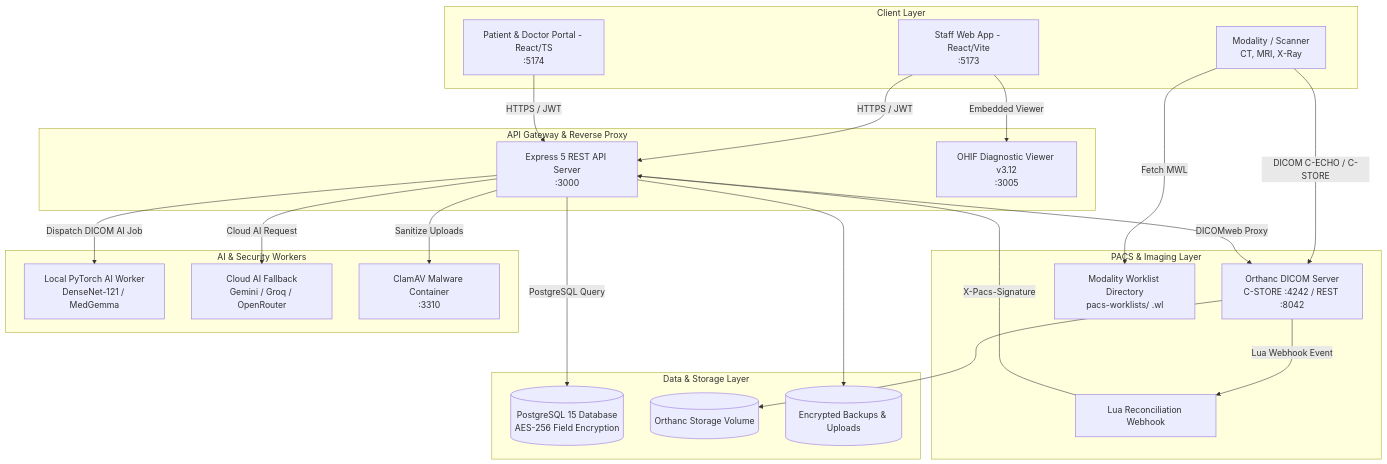
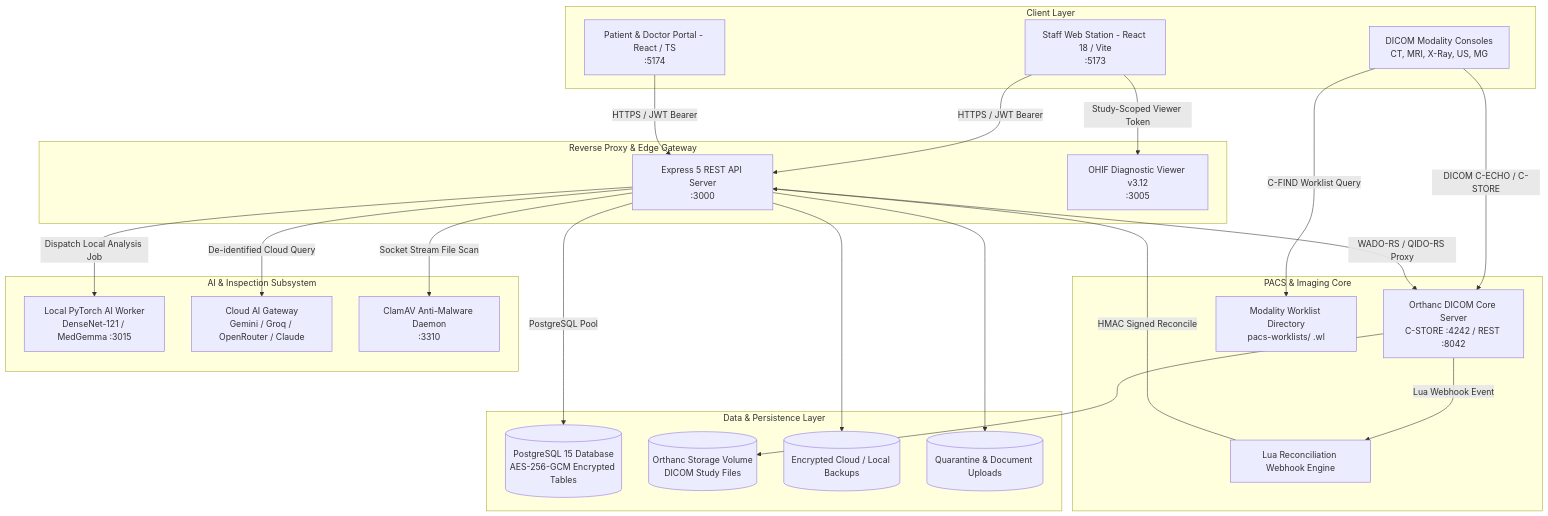
Before and after one commit to abdo-elshaikh/VIARA-RCMS: the first of 3 diagrams in README.md, drawn with Mermaid. The commit also changed other lines of this file and 1219 other files, not shown here.

````diff
--- a/README.md
+++ b/README.md
@@ -17,46 +71,48 @@
 ```mermaid
 flowchart TB
     subgraph Clients ["Client Layer"]
-        A[Staff Web App - React/Vite\n:5173]
-        B[Patient & Doctor Portal - React/TS\n:5174]
-        C[Modality / Scanner\nCT, MRI, X-Ray]
+        A[Staff Web Station - React 18 / Vite\n:5173]
+        B[Patient & Doctor Portal - React / TS\n:5174]
+        C[DICOM Modality Consoles\nCT, MRI, X-Ray, US, MG]
     end
 
-    subgraph Edge ["API Gateway & Reverse Proxy"]
+    subgraph Gateway ["Reverse Proxy & Edge Gateway"]
         D[Express 5 REST API Server\n:3000]
         E[OHIF Diagnostic Viewer v3.12\n:3005]
     end
 
-    subgraph PACS ["PACS & Imaging Layer"]
-        F[Orthanc DICOM Server\nC-STORE :4242 / REST :8042]
+    subgraph PACS ["PACS & Imaging Core"]
+        F[Orthanc DICOM Core Server\nC-STORE :4242 / REST :8042]
         G[Modality Worklist Directory\npacs-worklists/ .wl]
-        H[Lua Reconciliation Webhook]
+        H[Lua Reconciliation Webhook Engine]
     end
 
-    subgraph Intelligence ["AI & Security Workers"]
-        I[Local PyTorch AI Worker\nDenseNet-121 / MedGemma]
-        J[Cloud AI Fallback\nGemini / Groq / OpenRouter]
-        K[ClamAV Malware Container\n:3310]
+    subgraph Intelligence ["AI & Inspection Subsystem"]
+        I[Local PyTorch AI Worker\nDenseNet-121 / MedGemma :3015]
+        J[Cloud AI Gateway\nGemini / Groq / OpenRouter / Claude]
+        K[ClamAV Anti-Malware Daemon\n:3310]
     end
 
-    subgraph Data ["Data & Storage Layer"]
-        L[(PostgreSQL 15 Database\nAES-256 Field Encryption)]
-        M[(Orthanc Storage Volume)]
-        N[(Encrypted Backups & Uploads)]
+    subgraph DataStore ["Data & Persistence Layer"]
+        L[(PostgreSQL 15 Database\nAES-256-GCM Encrypted Tables)]
+        M[(Orthanc Storage Volume\nDICOM Study Files)]
+        N[(Encrypted Cloud / Local Backups)]
+        O[(Quarantine & Document Uploads)]
     end
 
-    A -->|HTTPS / JWT| D
-    B -->|HTTPS / JWT| D
-    A -->|Embedded Viewer| E
+    A -->|HTTPS / JWT Bearer| D
+    B -->|HTTPS / JWT Bearer| D
+    A -->|Study-Scoped Viewer Token| E
     C -->|DICOM C-ECHO / C-STORE| F
-    C -->|Fetch MWL| G
+    C -->|C-FIND Worklist Query| G
     F -->|Lua Webhook Event| H
-    H -->|X-Pacs-Signature| D
-    D -->|PostgreSQL Query| L
-    D -->|DICOMweb Proxy| F
-    D -->|Sanitize Uploads| K
-    D -->|Dispatch DICOM AI Job| I
-    D -->|Cloud AI Request| J
+    H -->|HMAC Signed Reconcile| D
+    D -->|PostgreSQL Pool| L
+    D -->|WADO-RS / QIDO-RS Proxy| F
+    D -->|Socket Stream File Scan| K
+    D -->|Dispatch Local Analysis Job| I
+    D -->|De-identified Cloud Query| J
     F --> M
     D --> N
+    D --> O
 ```
````
